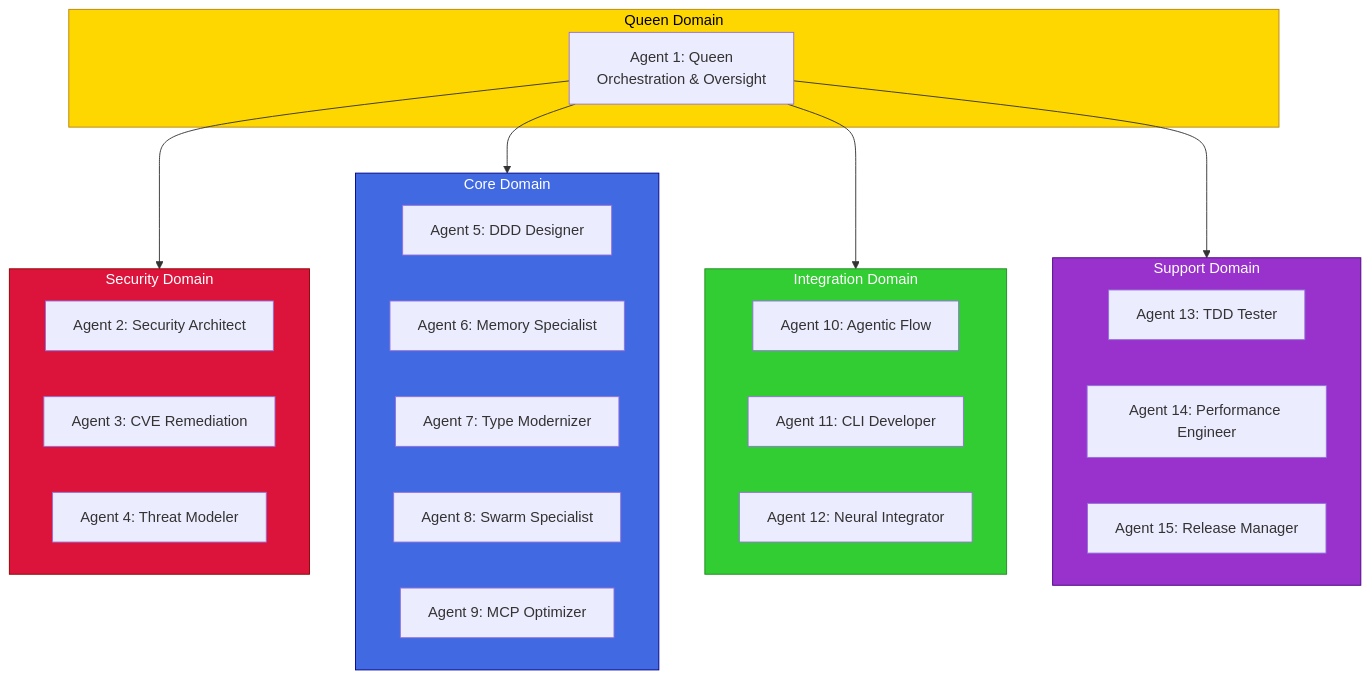
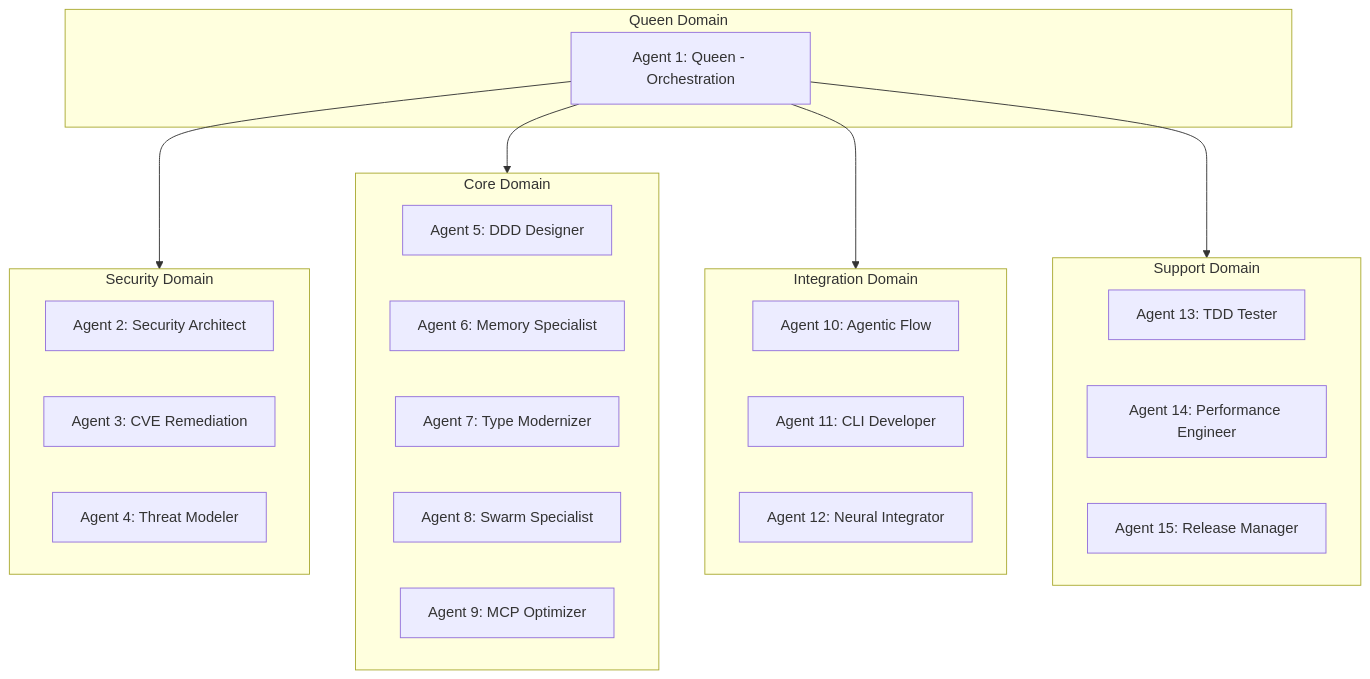
Before and after one commit to blackms/claude-flow-go: the first of 2 diagrams in README.md, drawn with Mermaid. The commit also changed other lines of this file and 20 other files, not shown here.

````diff
--- a/README.md
+++ b/README.md
@@ -97,43 +180,37 @@
 ```mermaid
 graph TD
-    subgraph Queen["Queen Domain"]
-        A1[Agent 1: Queen<br/>Orchestration & Oversight]
+    subgraph Queen[Queen Domain]
+        A1[Agent 1: Queen - Orchestration]
     end
 
-    subgraph Security["Security Domain"]
+    subgraph Security[Security Domain]
         A2[Agent 2: Security Architect]
         A3[Agent 3: CVE Remediation]
         A4[Agent 4: Threat Modeler]
     end
 
-    subgraph Core["Core Domain"]
+    subgraph Core[Core Domain]
         A5[Agent 5: DDD Designer]
         A6[Agent 6: Memory Specialist]
         A7[Agent 7: Type Modernizer]
         A8[Agent 8: Swarm Specialist]
         A9[Agent 9: MCP Optimizer]
     end
 
-    subgraph Integration["Integration Domain"]
+    subgraph Integration[Integration Domain]
         A10[Agent 10: Agentic Flow]
         A11[Agent 11: CLI Developer]
         A12[Agent 12: Neural Integrator]
     end
 
-    subgraph Support["Support Domain"]
+    subgraph Support[Support Domain]
         A13[Agent 13: TDD Tester]
         A14[Agent 14: Performance Engineer]
         A15[Agent 15: Release Manager]
     end
 
     A1 --> Security
     A1 --> Core
     A1 --> Integration
     A1 --> Support
-
-    style Queen fill:#ffd700,stroke:#b8860b,color:#000
-    style Security fill:#dc143c,stroke:#8b0000,color:#fff
-    style Core fill:#4169e1,stroke:#00008b,color:#fff
-    style Integration fill:#32cd32,stroke:#228b22,color:#fff
-    style Support fill:#9932cc,stroke:#4b0082,color:#fff
 ```
````
